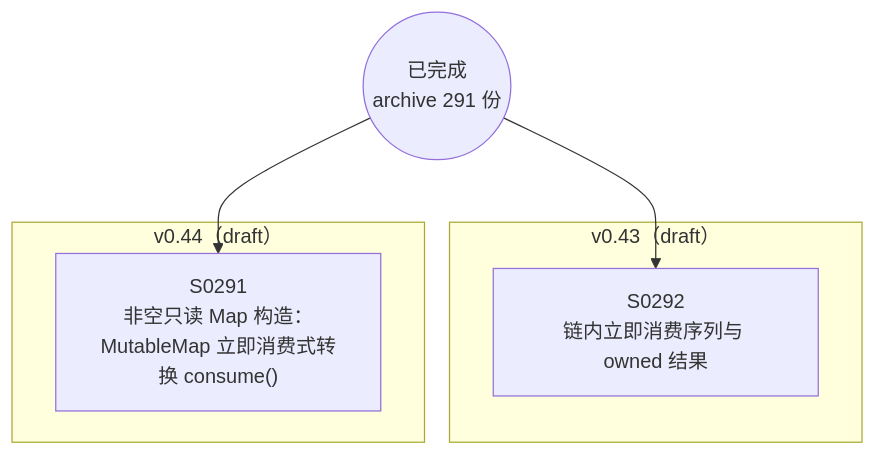
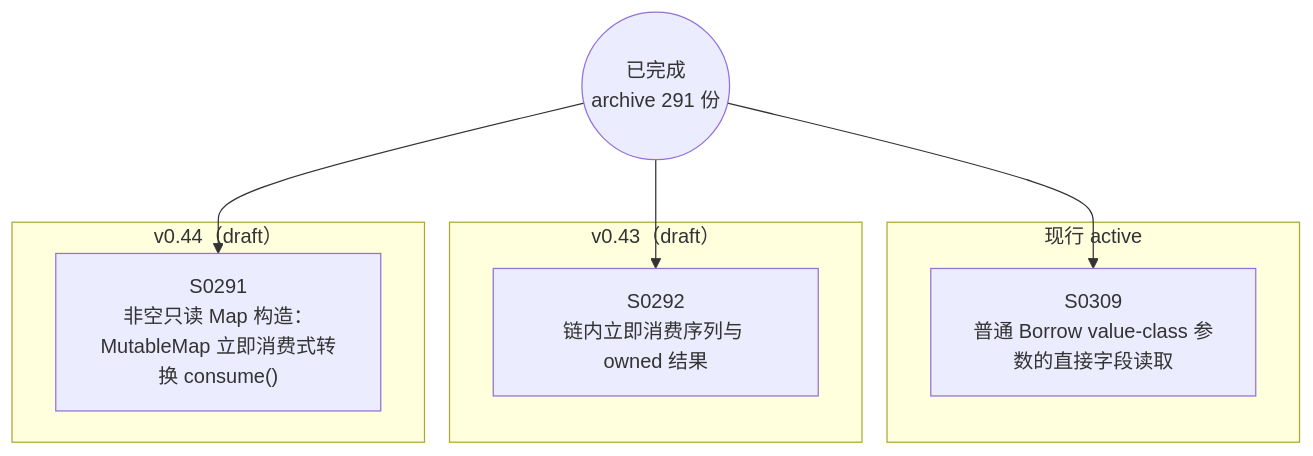
The diagram in docs/specs/dependency-graph.md (Halckon/Koven), drawn with Mermaid before and after one commit. The commit also changed other lines of this file and 7 other files, not shown here.

````diff
--- a/docs/specs/dependency-graph.md
+++ b/docs/specs/dependency-graph.md
@@ -9,12 +9,16 @@
 ```mermaid
 flowchart TD
 ARCH(("已完成<br/>archive 291 份"))
+subgraph Gactive["现行 active"]
+  S0309["S0309<br/>普通 Borrow value-class 参数的直接字段读取"]
+end
 subgraph Gdrafts_v043["v0.43（draft）"]
   S0292["S0292<br/>链内立即消费序列与 owned 结果"]
 end
 subgraph Gdrafts_v044["v0.44（draft）"]
   S0291["S0291<br/>非空只读 Map 构造：MutableMap 立即消费式转换 consume()"]
 end
 ARCH --> S0291
 ARCH --> S0292
+ARCH --> S0309
 ```
````
